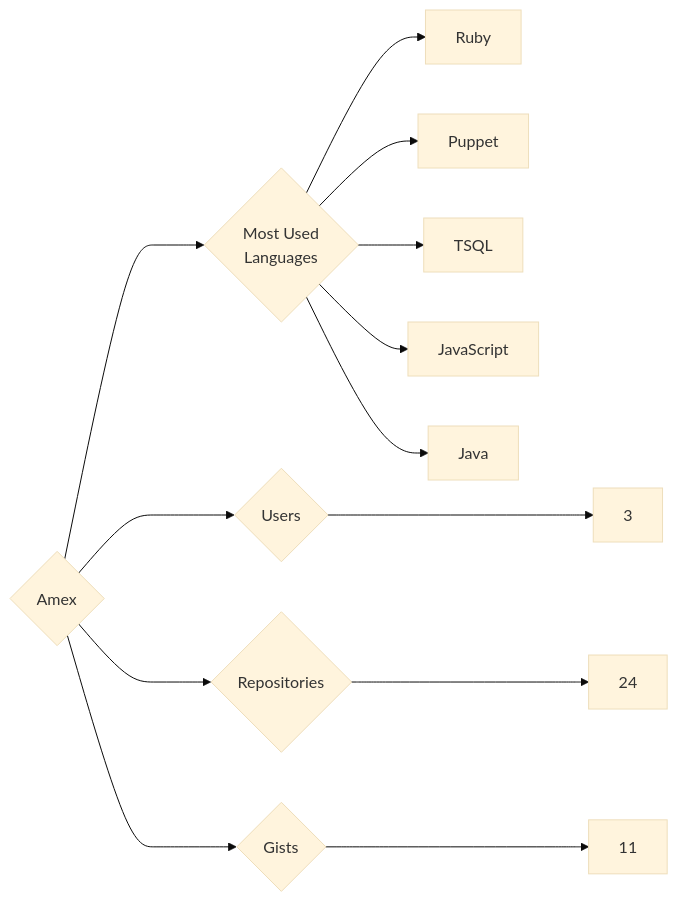
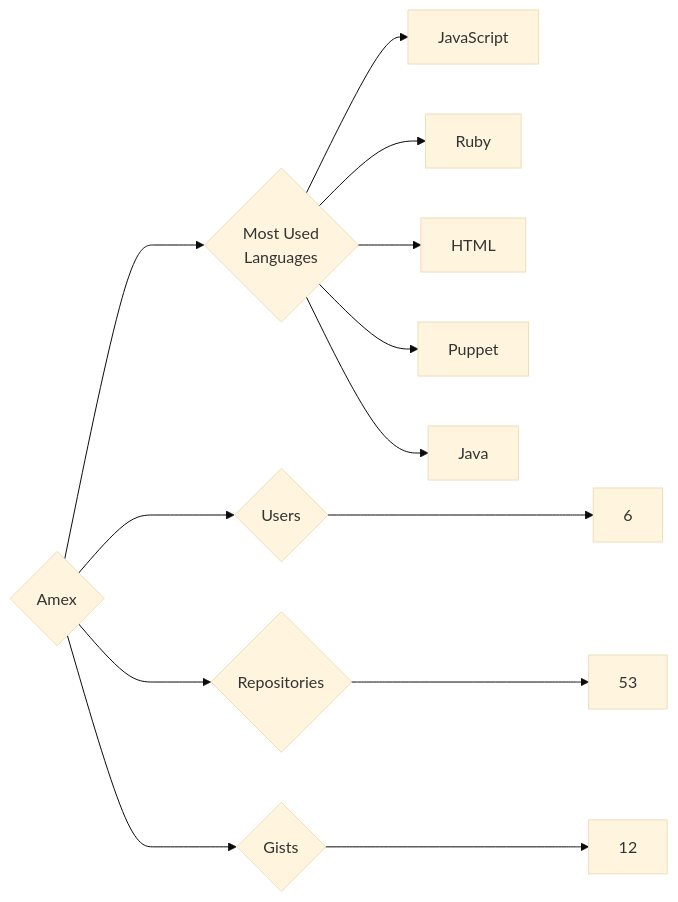
One commit to trickest/insiders changed the diagram in targets/Amex/README.md. Above: the diagram before and after it, drawn with Mermaid (base theme). The commit also changed 614 other files, not shown here.

````diff
--- a/targets/Amex/README.md
+++ b/targets/Amex/README.md
@@ -3,13 +3,13 @@
 ```mermaid
 graph LR
 COMPANY_NAME{Amex}
-COMPANY_NAME ---> U{Users} ---> UN[3]
-COMPANY_NAME ---> R{Repositories} ---> RN[24]
-COMPANY_NAME ---> G{Gists} ---> GN[11]
+COMPANY_NAME ---> U{Users} ---> UN[6]
+COMPANY_NAME ---> R{Repositories} ---> RN[53]
+COMPANY_NAME ---> G{Gists} ---> GN[12]
 COMPANY_NAME ---> ML{Most Used<br>Languages}
+ML --> JavaScript[JavaScript]
 ML --> Ruby[Ruby]
+ML --> HTML[HTML]
 ML --> Puppet[Puppet]
-ML --> TSQL[TSQL]
-ML --> JavaScript[JavaScript]
 ML --> Java[Java]
 ```
````
